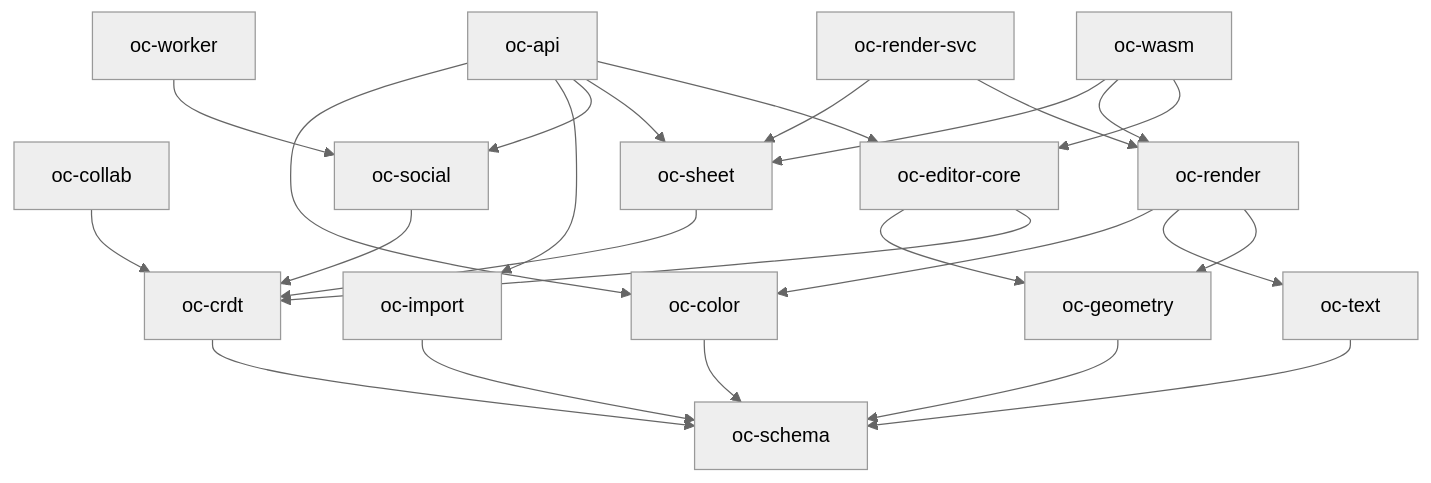
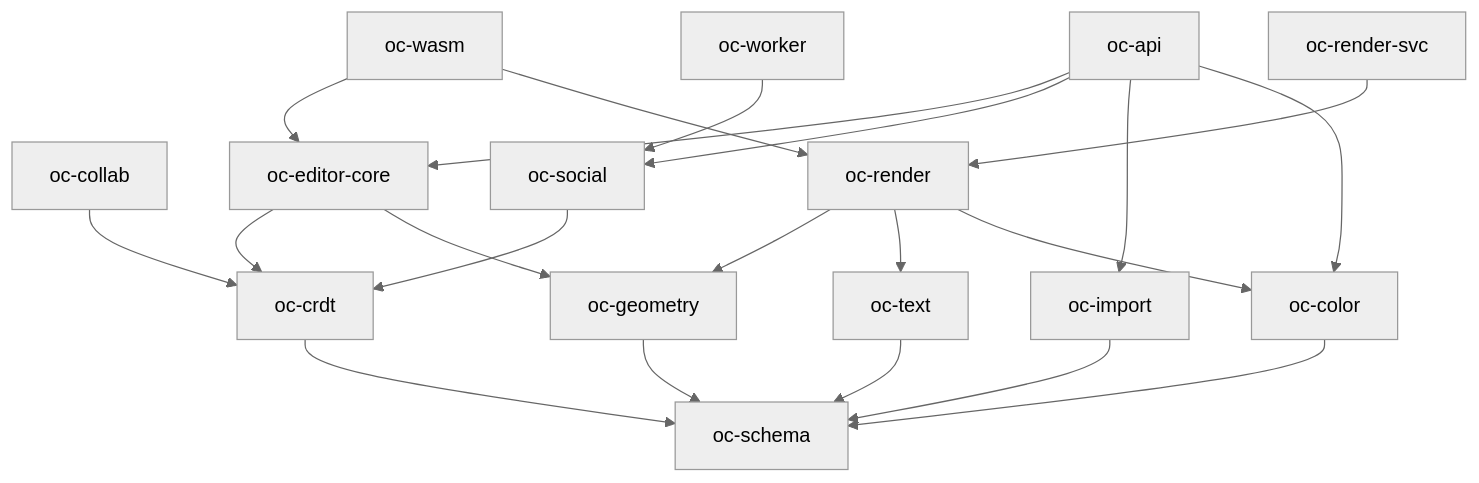
One commit to vizyk003/pinselo-editor changed the second of 3 diagrams in docs/architecture.md. Above: the diagram before and after it, drawn with Mermaid (neutral theme). The commit also changed other lines of this file and 434 other files, not shown here.

````diff
--- a/docs/architecture.md
+++ b/docs/architecture.md
@@ -148,33 +147,31 @@
 ```mermaid
 flowchart TD
   wasm[oc-wasm]
   api[oc-api]
   collab[oc-collab]
   worker[oc-worker]
   rsvc[oc-render-svc]
   editor[oc-editor-core]
   render[oc-render]
-  sheet[oc-sheet]
   social[oc-social]
   import[oc-import]
   crdt[oc-crdt]
   geometry[oc-geometry]
   text[oc-text]
   color[oc-color]
   schema[oc-schema]
 
-  wasm --> editor & render & sheet
-  api --> editor & sheet & social & import & color
+  wasm --> editor & render
+  api --> editor & social & import & color
   collab --> crdt
   worker --> social
-  rsvc --> render & sheet
+  rsvc --> render
   editor --> crdt & geometry
   render --> geometry & text & color
-  sheet --> crdt
   social --> crdt
   crdt --> schema
   geometry --> schema
   text --> schema
   color --> schema
   import --> schema
 ```
````
